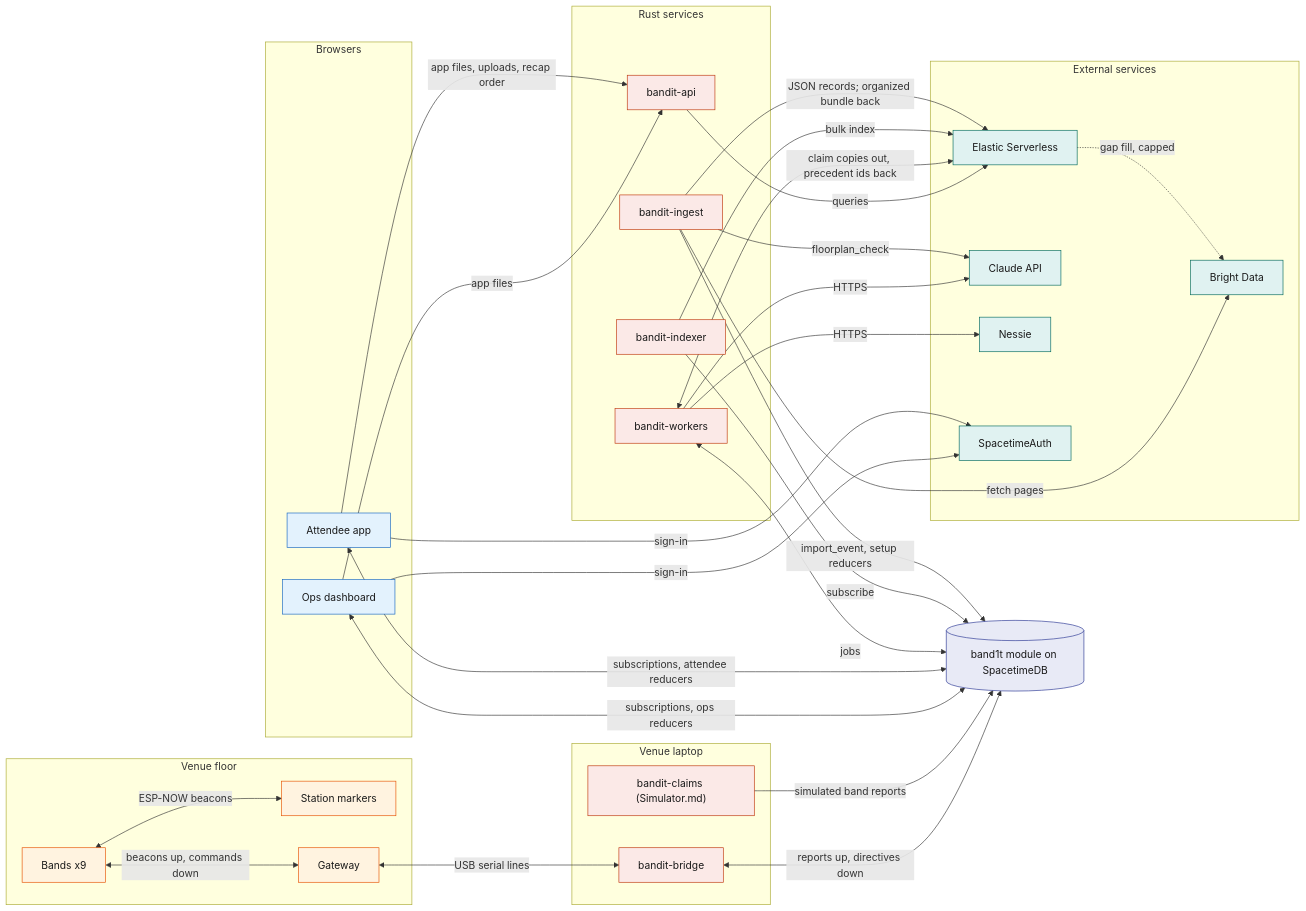
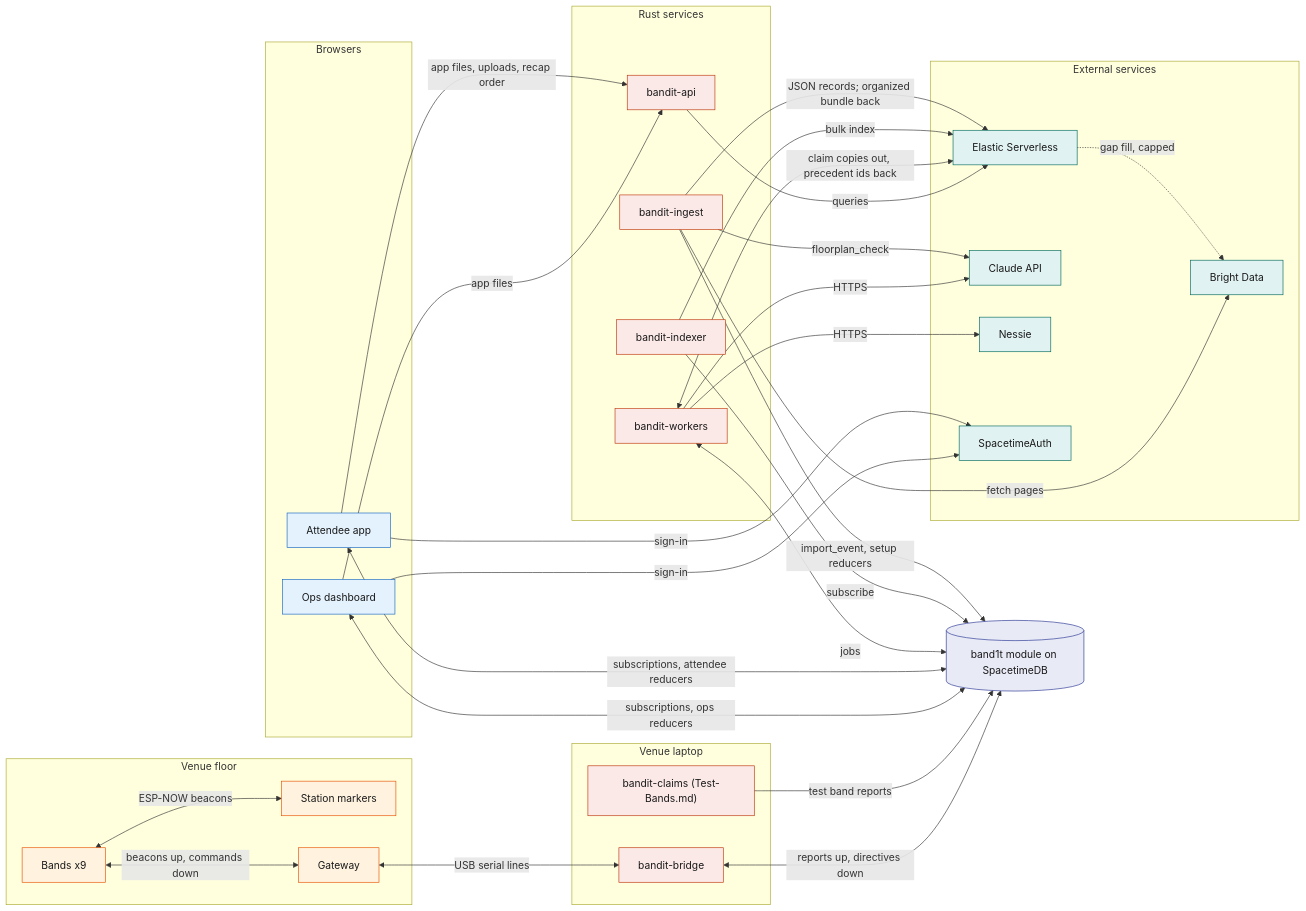
One commit to viktorinkov/cal-hacks-13 changed the second of 5 diagrams in System Design/1-overview/Architecture.md. Above: the diagram before and after it, drawn with Mermaid. The commit also changed other lines of this file and 22 other files, not shown here.

````diff
--- a/System Design/1-overview/Architecture.md
+++ b/System Design/1-overview/Architecture.md
@@ -95,65 +95,65 @@
 ```mermaid
 flowchart LR
   subgraph Venue["Venue floor"]
     Bands["Bands x9"]
     Stations["Station markers"]
     Gateway["Gateway"]
   end
   subgraph Laptop["Venue laptop"]
     Bridge["bandit-bridge"]
-    Sim["bandit-claims (Simulator.md)"]
+    Sim["bandit-claims (Test-Bands.md)"]
   end
   STDB[("band1t module on SpacetimeDB")]
   subgraph Apps["Browsers"]
     Ops["Ops dashboard"]
     App["Attendee app"]
   end
   subgraph Services["Rust services"]
     API["bandit-api"]
     Workers["bandit-workers"]
     Indexer["bandit-indexer"]
     Ingest["bandit-ingest"]
   end
   subgraph SaaS["External services"]
     Elastic["Elastic Serverless"]
     Claude["Claude API"]
     Nessie["Nessie"]
     Bright["Bright Data"]
     Auth["SpacetimeAuth"]
   end
 
   Bands <-->|"ESP-NOW beacons"| Stations
   Bands <-->|"beacons up, commands down"| Gateway
   Gateway <-->|"USB serial lines"| Bridge
   Bridge <-->|"reports up, directives down"| STDB
-  Sim -->|"simulated band reports"| STDB
+  Sim -->|"test band reports"| STDB
   Ops <-->|"subscriptions, ops reducers"| STDB
   App <-->|"subscriptions, attendee reducers"| STDB
   Ops -->|"app files"| API
   App -->|"app files, uploads, recap order"| API
   Ops -->|"sign-in"| Auth
   App -->|"sign-in"| Auth
   API -->|"queries"| Elastic
   Workers <-->|"jobs"| STDB
   Workers -->|"HTTPS"| Claude
   Workers -->|"HTTPS"| Nessie
   Workers <-->|"claim copies out, precedent ids back"| Elastic
   Indexer -->|"subscribe"| STDB
   Indexer -->|"bulk index"| Elastic
   Ingest -->|"fetch pages"| Bright
   Ingest -->|"floorplan_check"| Claude
   Ingest -->|"JSON records; organized bundle back"| Elastic
   Elastic -.->|"gap fill, capped"| Bright
   Ingest -->|"import_event, setup reducers"| STDB
 
   classDef device fill:#FFF3E0,stroke:#E65100,color:#1A1A1A
   classDef rust fill:#FBE9E7,stroke:#BF360C,color:#1A1A1A
   classDef stdb fill:#E8EAF6,stroke:#283593,color:#1A1A1A
   classDef web fill:#E3F2FD,stroke:#1565C0,color:#1A1A1A
   classDef ext fill:#E0F2F1,stroke:#00695C,color:#1A1A1A
   class Bands,Stations,Gateway device
   class Bridge,Sim,API,Workers,Indexer,Ingest rust
   class STDB stdb
   class Ops,App web
   class Elastic,Claude,Nessie,Bright,Auth ext
 ```
````
